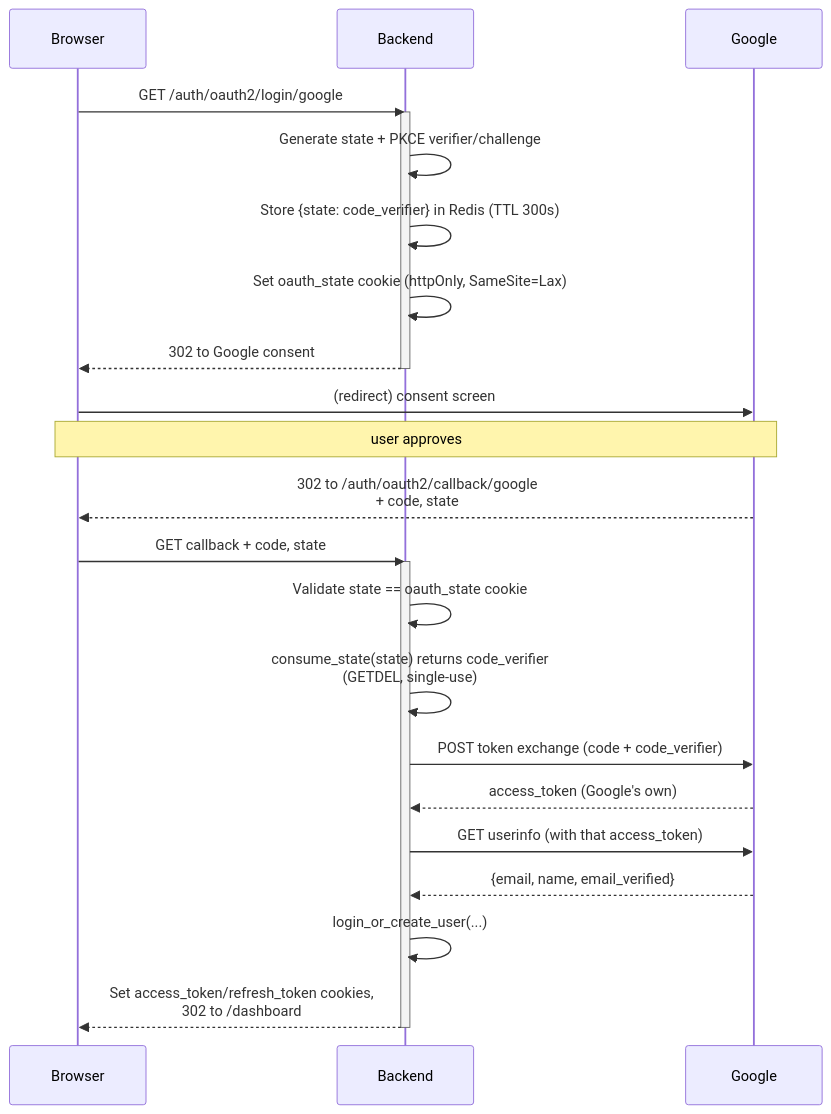
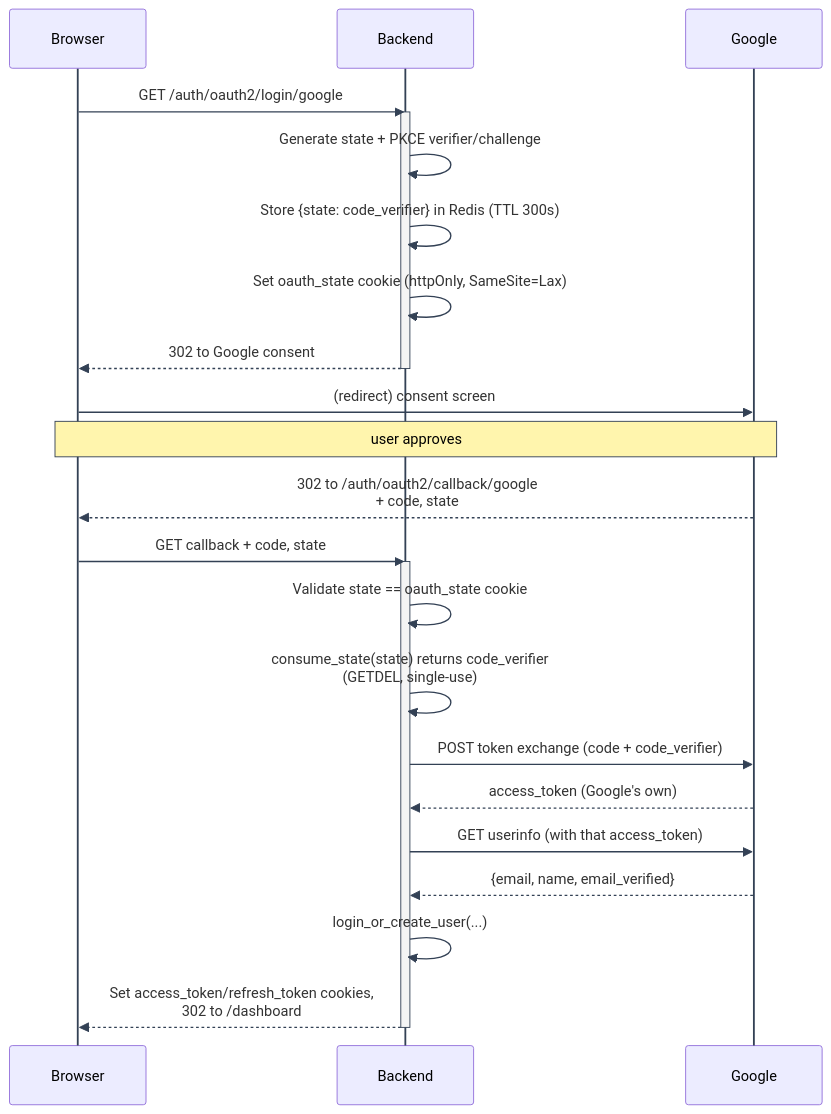
The diagram in docs/mystic_auth/authentication/oauth2-pkce.md (Nachiket-2024/mystic-auth), drawn with Mermaid before and after one commit. The commit also changed other lines of this file and 630 other files, not shown here.

````diff
--- a/docs/mystic_auth/authentication/oauth2-pkce.md
+++ b/docs/mystic_auth/authentication/oauth2-pkce.md
@@ -22,30 +23,31 @@
 ```mermaid
+%%{init: {"themeVariables": {"lineColor": "#334155", "signalColor": "#334155", "actorLineColor": "#334155", "activationBorderColor": "#334155", "labelBoxBorderColor": "#334155", "labelBoxBkgColor": "#e2e8f0", "noteBorderColor": "#334155"}, "themeCSS": ".messageLine0, .messageLine1 { stroke-width: 2px !important; }"} }%%
 sequenceDiagram
     participant B as Browser
     participant S as Backend
     participant G as Google
 
     B->>S: GET /auth/oauth2/login/google
     activate S
     S->>S: Generate state + PKCE verifier/challenge
     S->>S: Store {state: code_verifier} in Redis (TTL 300s)
     S->>S: Set oauth_state cookie (httpOnly, SameSite=Lax)
     S-->>B: 302 to Google consent
     deactivate S
 
     B->>G: (redirect) consent screen
     Note over B,G: user approves
-    G-->>B: 302 to /auth/oauth2/callback/google<br/>+ code, state
+    G-->>B: 302 to /auth/oauth2/callback/google<br/> + code, state
 
     B->>S: GET callback + code, state
     activate S
     S->>S: Validate state == oauth_state cookie
-    S->>S: consume_state(state) returns code_verifier<br/>(GETDEL, single-use)
+    S->>S: consume_state(state) returns code_verifier<br/> (GETDEL, single-use)
     S->>G: POST token exchange (code + code_verifier)
     G-->>S: access_token (Google's own)
     S->>G: GET userinfo (with that access_token)
     G-->>S: {email, name, email_verified}
     S->>S: login_or_create_user(...)
-    S-->>B: Set access_token/refresh_token cookies,<br/>302 to /dashboard
+    S-->>B: Set access_token/refresh_token cookies,<br/> 302 to /dashboard
     deactivate S
 ```
````
